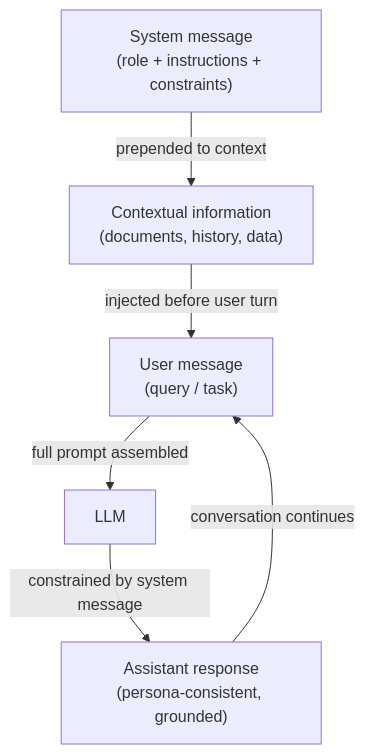
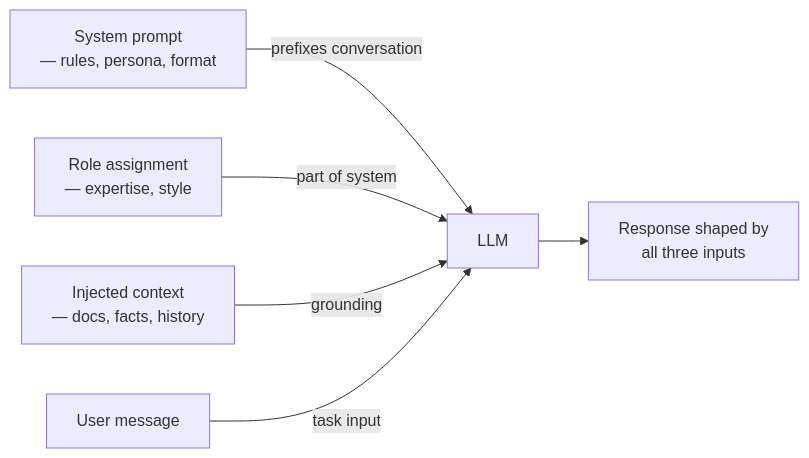
Before and after one commit to EmersonBraun/ai-summary-hub: the diagram in i18n/fr/docusaurus-plugin-content-docs/current/prompt-engineering/system-role-contextual-prompting.md, drawn with Mermaid. The commit also changed other lines of this file and 242 other files, not shown here.

````diff
--- a/i18n/fr/docusaurus-plugin-content-docs/current/prompt-engineering/system-role-contextual-prompting.md
+++ b/i18n/fr/docusaurus-plugin-content-docs/current/prompt-engineering/system-role-contextual-prompting.md
@@ -19,8 +23,8 @@
 ```mermaid
-flowchart TD
-    System["System message\n(role + instructions + constraints)"] -->|"prepended to context"| Context
-    Context["Contextual information\n(documents, history, data)"] -->|"injected before user turn"| UserMsg
-    UserMsg["User message\n(query / task)"] -->|"full prompt assembled"| LLM["LLM"]
-    LLM -->|"constrained by system message"| Response["Assistant response\n(persona-consistent, grounded)"]
-    Response -->|"conversation continues"| UserMsg
+flowchart LR
+  SYS[System prompt\n— rules, persona, format] -->|prefixes conversation| LLM
+  ROLE[Role assignment\n— expertise, style] -->|part of system| LLM
+  CTX[Injected context\n— docs, facts, history] -->|grounding| LLM
+  USER[User message] -->|task input| LLM
+  LLM --> OUT[Response shaped by\nall three inputs]
 ```
````
